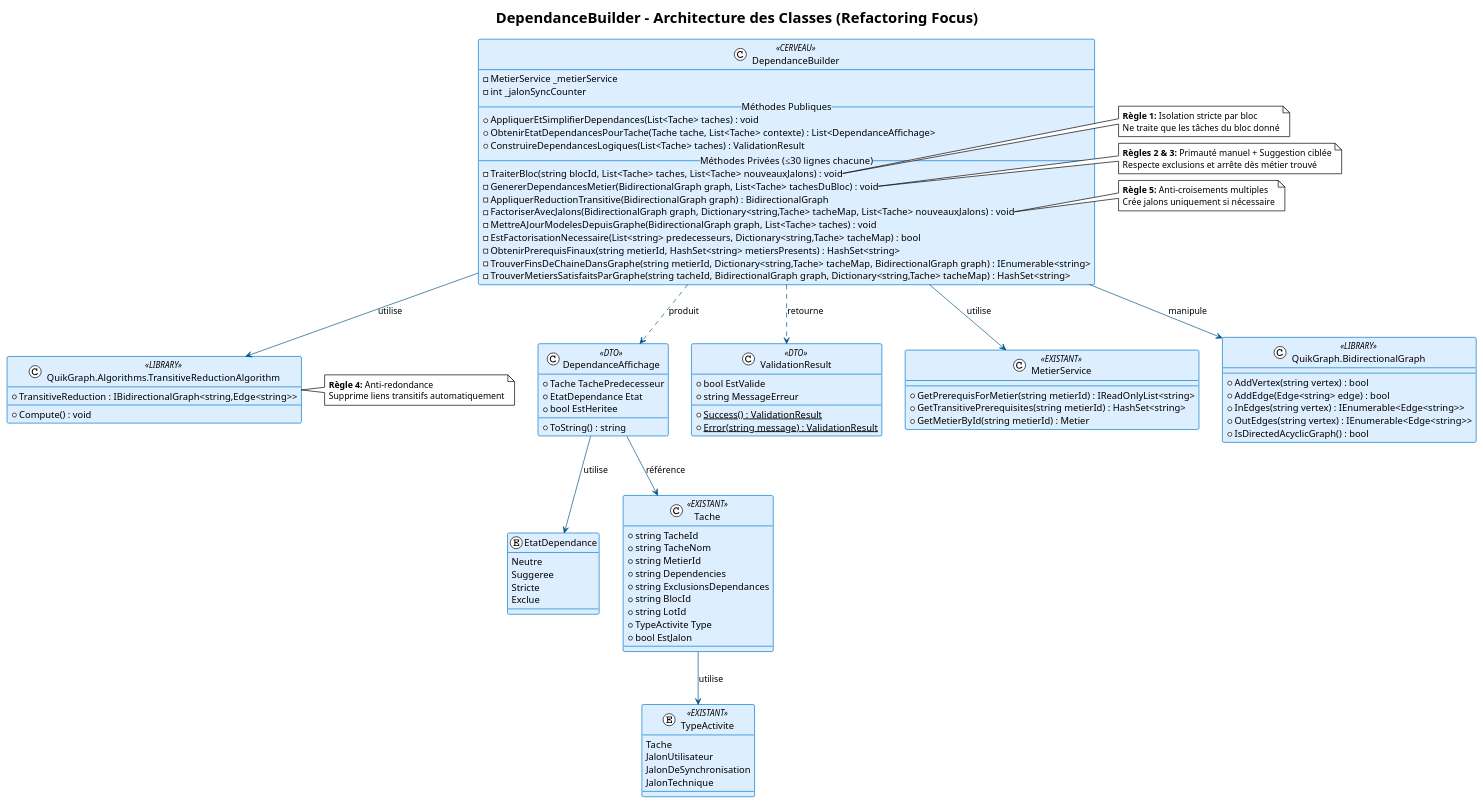
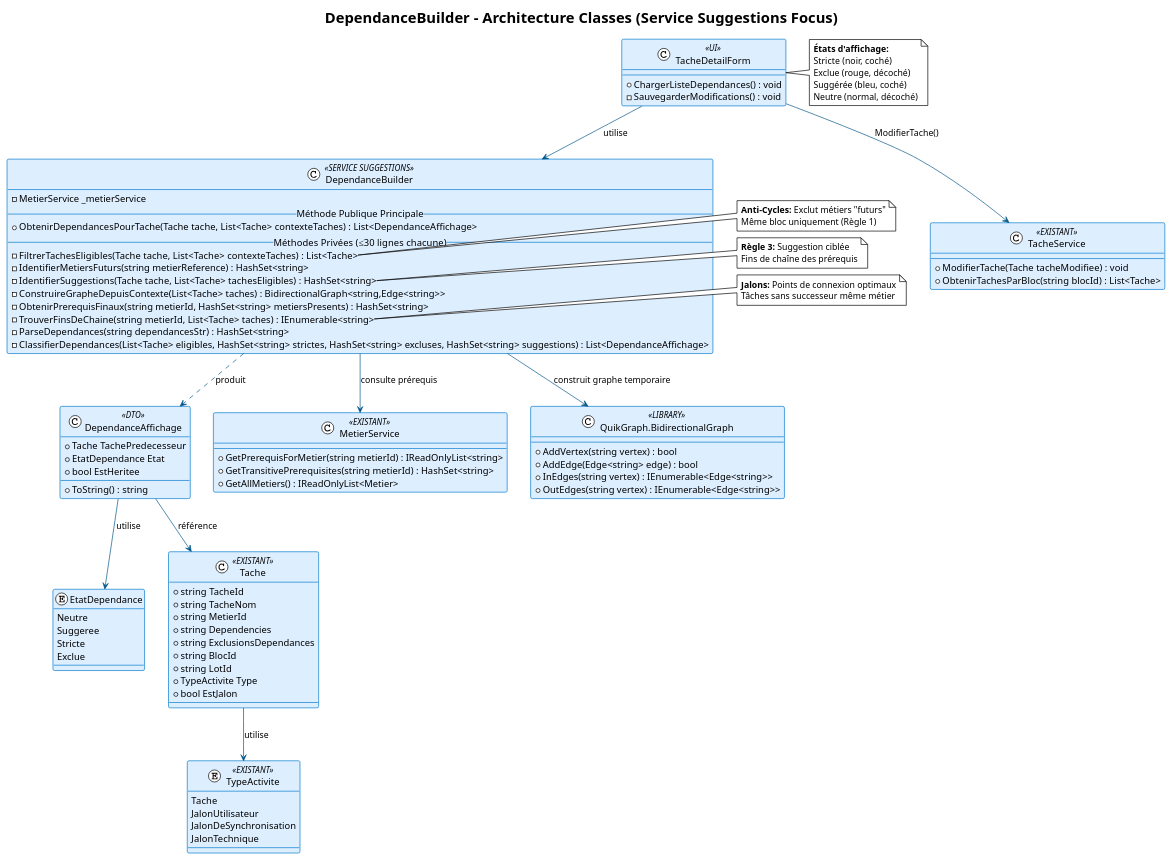
The diagram in Docs/V0.3.1ClassDependance.puml (edgardmaillot/PlanAthena), drawn with PlantUML before and after one commit. The commit also changed 47 other files, not shown here.

Commit message:
V0.3.2 BugFix sur dependanceBuilder AutoMapping descoppé

```diff
--- a/Docs/V0.3.1ClassDependance.puml
+++ b/Docs/V0.3.1ClassDependance.puml
@@ -1,131 +1,129 @@
 @startuml
 !theme plain
 skinparam class {
   borderColor #007ACC
   backgroundColor #DDEEFF
   arrowColor #005588
 }
-title DependanceBuilder - Architecture des Classes (Refactoring Focus)
+title DependanceBuilder - Architecture Classes (Service Suggestions Focus)
 
 ' ================================================
-' ===        CLASSE PRINCIPALE À REFACTORER     ===
+' ===        CLASSE PRINCIPALE (SIMPLIFIÉE)     ===
 ' ================================================
-class DependanceBuilder <<CERVEAU>> {
+class DependanceBuilder <<SERVICE SUGGESTIONS>> {
   -MetierService _metierService
-  -int _jalonSyncCounter
-  __Méthodes Publiques__
-  +AppliquerEtSimplifierDependances(List<Tache> taches) : void
-  +ObtenirEtatDependancesPourTache(Tache tache, List<Tache> contexte) : List<DependanceAffichage>
-  +ConstruireDependancesLogiques(List<Tache> taches) : ValidationResult
+  __Méthode Publique Principale__
+  +ObtenirDependancesPourTache(Tache tache, List<Tache> contexteTaches) : List<DependanceAffichage>
   __Méthodes Privées (≤30 lignes chacune)__
-  -TraiterBloc(string blocId, List<Tache> taches, List<Tache> nouveauxJalons) : void
-  -GenererDependancesMetier(BidirectionalGraph graph, List<Tache> tachesDuBloc) : void
-  -AppliquerReductionTransitive(BidirectionalGraph graph) : BidirectionalGraph
-  -FactoriserAvecJalons(BidirectionalGraph graph, Dictionary<string,Tache> tacheMap, List<Tache> nouveauxJalons) : void
-  -MettreAJourModelesDepuisGraphe(BidirectionalGraph graph, List<Tache> taches) : void
-  -EstFactorisationNecessaire(List<string> predecesseurs, Dictionary<string,Tache> tacheMap) : bool
+  -FiltrerTachesEligibles(Tache tache, List<Tache> contexteTaches) : List<Tache>
+  -IdentifierMetiersFuturs(string metierReference) : HashSet<string>
+  -IdentifierSuggestions(Tache tache, List<Tache> tachesEligibles) : HashSet<string>
+  -ConstruireGrapheDepuisContexte(List<Tache> taches) : BidirectionalGraph<string,Edge<string>>
   -ObtenirPrerequisFinaux(string metierId, HashSet<string> metiersPresents) : HashSet<string>
-  -TrouverFinsDeChaineDansGraphe(string metierId, Dictionary<string,Tache> tacheMap, BidirectionalGraph graph) : IEnumerable<string>
-  -TrouverMetiersSatisfaitsParGraphe(string tacheId, BidirectionalGraph graph, Dictionary<string,Tache> tacheMap) : HashSet<string>
+  -TrouverFinsDeChaine(string metierId, List<Tache> taches) : IEnumerable<string>
+  -ParseDependances(string dependancesStr) : HashSet<string>
+  -ClassifierDependances(List<Tache> eligibles, HashSet<string> strictes, HashSet<string> excluses, HashSet<string> suggestions) : List<DependanceAffichage>
 }
 
 ' ================================================
 ' ===           CLASSES DTO/UTILITAIRES         ===
 ' ================================================
 class DependanceAffichage <<DTO>> {
   +Tache TachePredecesseur
   +EtatDependance Etat  
   +bool EstHeritee
   +ToString() : string
-}
-
-class ValidationResult <<DTO>> {
-  +bool EstValide
-  +string MessageErreur
-  +{static} Success() : ValidationResult
-  +{static} Error(string message) : ValidationResult
 }
 
 enum EtatDependance {
   Neutre
   Suggeree  
   Stricte
   Exclue
 }
 
 ' ================================================
 ' ===      DÉPENDANCES EXTERNES (EXISTANTES)    ===
 ' ================================================
 class MetierService <<EXISTANT>> {
   +GetPrerequisForMetier(string metierId) : IReadOnlyList<string>
   +GetTransitivePrerequisites(string metierId) : HashSet<string>
-  +GetMetierById(string metierId) : Metier
+  +GetAllMetiers() : IReadOnlyList<Metier>
+}
+
+class TacheService <<EXISTANT>> {
+  +ModifierTache(Tache tacheModifiee) : void
+  +ObtenirTachesParBloc(string blocId) : List<Tache>
 }
 
 class Tache <<EXISTANT>> {
   +string TacheId
   +string TacheNom  
   +string MetierId
   +string Dependencies
   +string ExclusionsDependances
   +string BlocId
   +string LotId
   +TypeActivite Type
   +bool EstJalon
 }
 
 enum TypeActivite <<EXISTANT>> {
   Tache
   JalonUtilisateur
   JalonDeSynchronisation
   JalonTechnique
 }
 
 class "QuikGraph.BidirectionalGraph" as BidirectionalGraph <<LIBRARY>> {
   +AddVertex(string vertex) : bool
   +AddEdge(Edge<string> edge) : bool  
   +InEdges(string vertex) : IEnumerable<Edge<string>>
   +OutEdges(string vertex) : IEnumerable<Edge<string>>
-  +IsDirectedAcyclicGraph() : bool
 }
 
-class "QuikGraph.Algorithms.TransitiveReductionAlgorithm" as TransitiveReductionAlgorithm <<LIBRARY>> {
-  +Compute() : void
-  +TransitiveReduction : IBidirectionalGraph<string,Edge<string>>
+' ================================================
+' ===              UI INTERFACE                 ===
+' ================================================
+class TacheDetailForm <<UI>> {
+  +ChargerListeDependances() : void
+  -SauvegarderModifications() : void
 }
 
 ' ================================================
 ' ===                RELATIONS                   ===
 ' ================================================
-DependanceBuilder --> MetierService : utilise
-DependanceBuilder --> BidirectionalGraph : manipule  
-DependanceBuilder --> TransitiveReductionAlgorithm : utilise
+TacheDetailForm --> DependanceBuilder : utilise
+DependanceBuilder --> MetierService : consulte prérequis
+DependanceBuilder --> BidirectionalGraph : construit graphe temporaire
 DependanceBuilder ..> DependanceAffichage : produit
-DependanceBuilder ..> ValidationResult : retourne
+TacheDetailForm --> TacheService : ModifierTache()
 
 DependanceAffichage --> Tache : référence
 DependanceAffichage --> EtatDependance : utilise
-
 Tache --> TypeActivite : utilise
 
-note right of DependanceBuilder::TraiterBloc
-  <b>Règle 1:</b> Isolation stricte par bloc
-  Ne traite que les tâches du bloc donné
+note right of DependanceBuilder::FiltrerTachesEligibles
+  <b>Anti-Cycles:</b> Exclut métiers "futurs"
+  Même bloc uniquement (Règle 1)
 end note
 
-note right of DependanceBuilder::GenererDependancesMetier  
-  <b>Règles 2 & 3:</b> Primauté manuel + Suggestion ciblée
-  Respecte exclusions et arrête dès métier trouvé
+note right of DependanceBuilder::IdentifierSuggestions  
+  <b>Règle 3:</b> Suggestion ciblée
+  Fins de chaîne des prérequis
 end note
 
-note right of DependanceBuilder::FactoriserAvecJalons
-  <b>Règle 5:</b> Anti-croisements multiples
-  Crée jalons uniquement si nécessaire
+note right of DependanceBuilder::TrouverFinsDeChaine
+  <b>Jalons:</b> Points de connexion optimaux
+  Tâches sans successeur même métier
 end note
 
-note right of TransitiveReductionAlgorithm
-  <b>Règle 4:</b> Anti-redondance
-  Supprime liens transitifs automatiquement
+note right of TacheDetailForm
+  <b>États d'affichage:</b>
+  Stricte (noir, coché)
+  Exclue (rouge, décoché)  
+  Suggérée (bleu, coché)
+  Neutre (normal, décoché)
 end note
 
 @enduml
```
